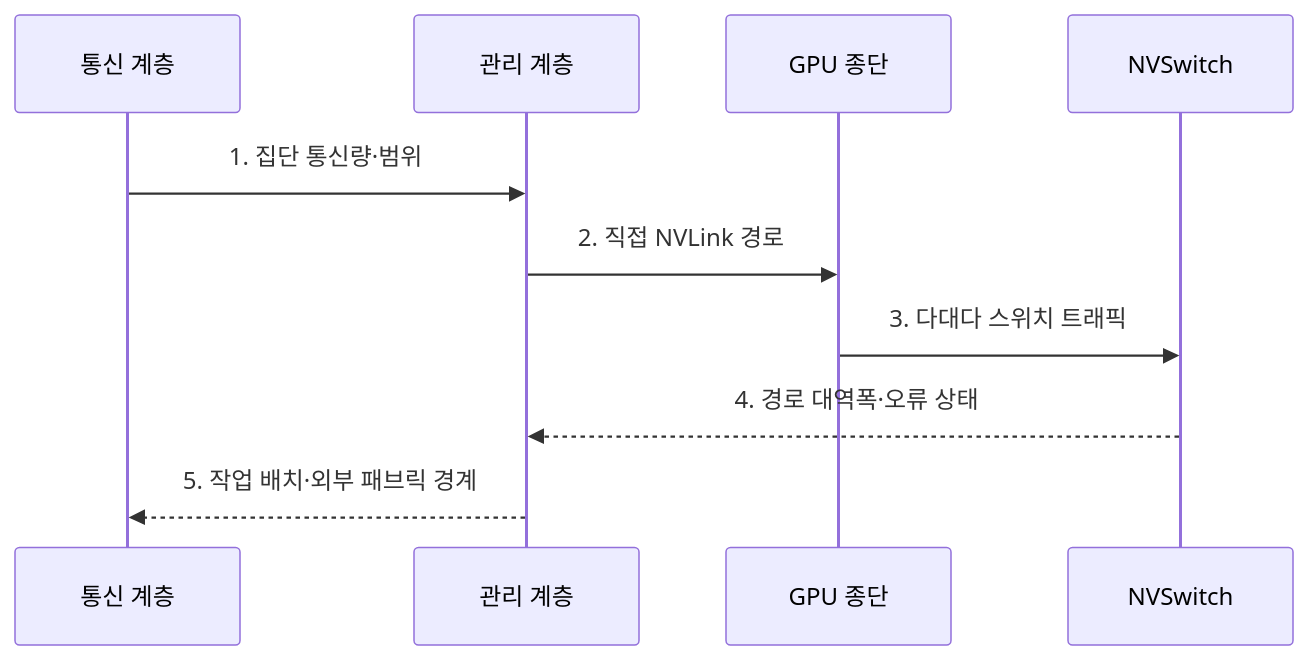
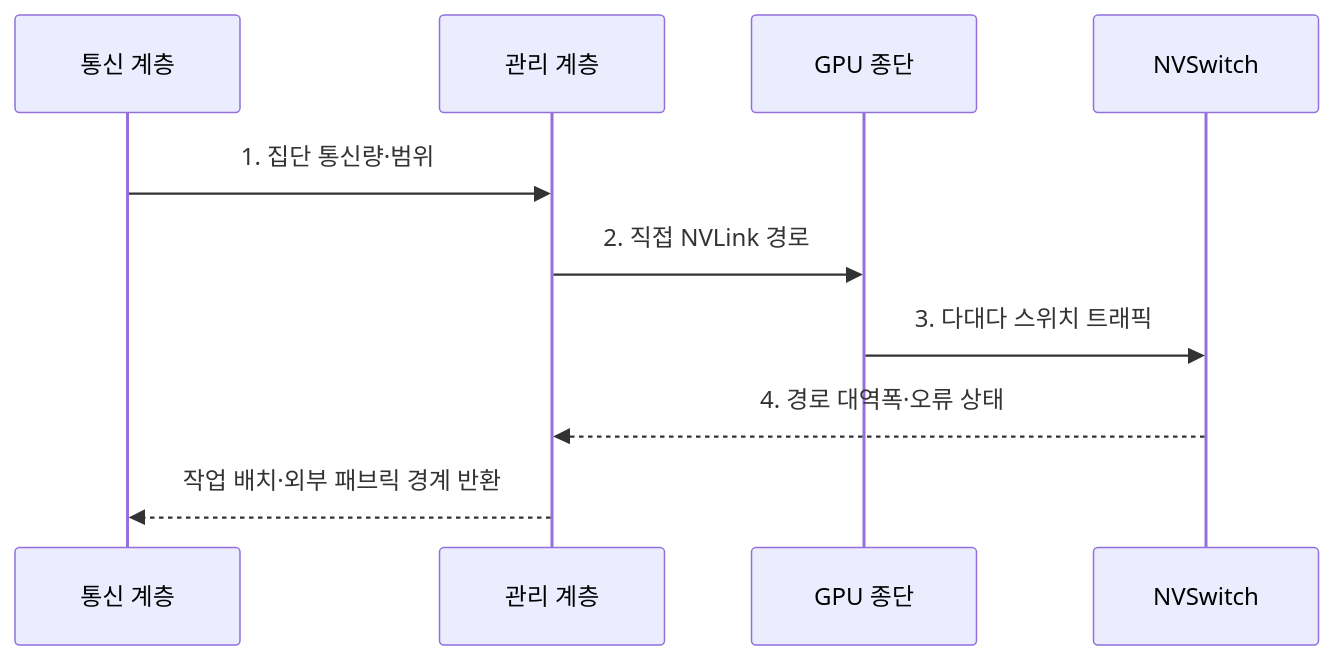
Before and after one commit to agnusdei1207/knowledge-base: the second of 2 diagrams in src/content/docs/notes/08-latest-tech/150_nvlink.md, drawn with Mermaid. The commit also changed other lines of this file and 225 other files, not shown here.

````diff
--- a/src/content/docs/notes/08-latest-tech/150_nvlink.md
+++ b/src/content/docs/notes/08-latest-tech/150_nvlink.md
@@ -78,12 +81,12 @@
 ```mermaid
 sequenceDiagram
   participant C as 통신 계층
   participant M as 관리 계층
   participant G as GPU 종단
   participant S as NVSwitch
   C->>M: 1. 집단 통신량·범위
   M->>G: 2. 직접 NVLink 경로
   G->>S: 3. 다대다 스위치 트래픽
   S-->>M: 4. 경로 대역폭·오류 상태
-  M-->>C: 5. 작업 배치·외부 패브릭 경계
+  M-->>C: 작업 배치·외부 패브릭 경계 반환
 ```
````
